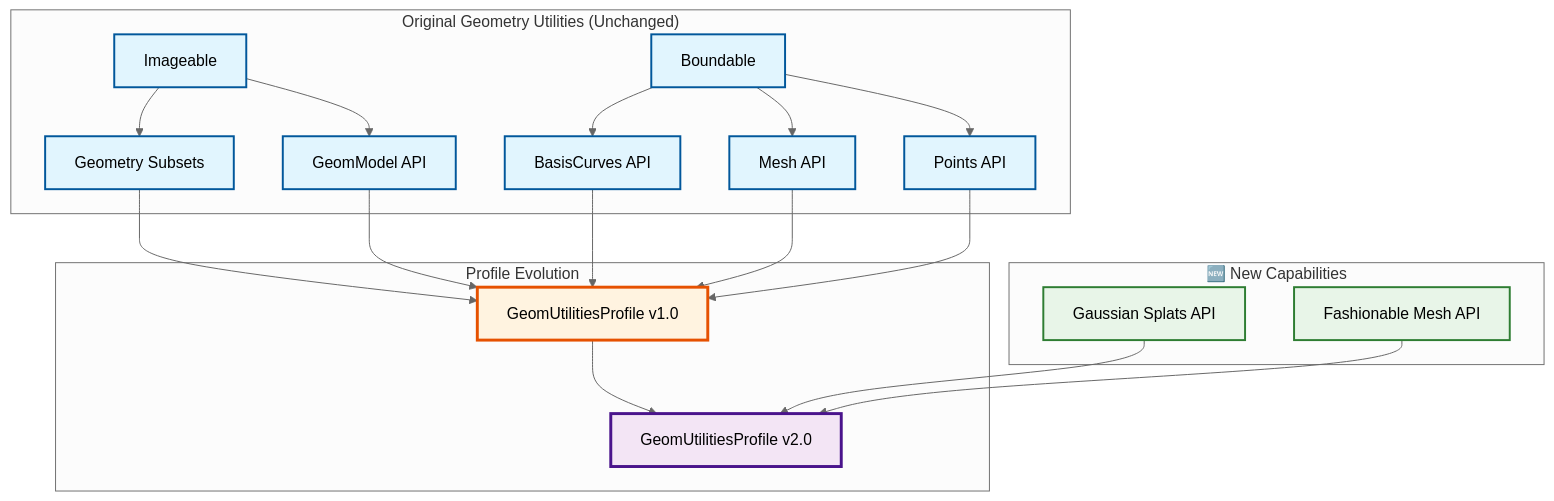
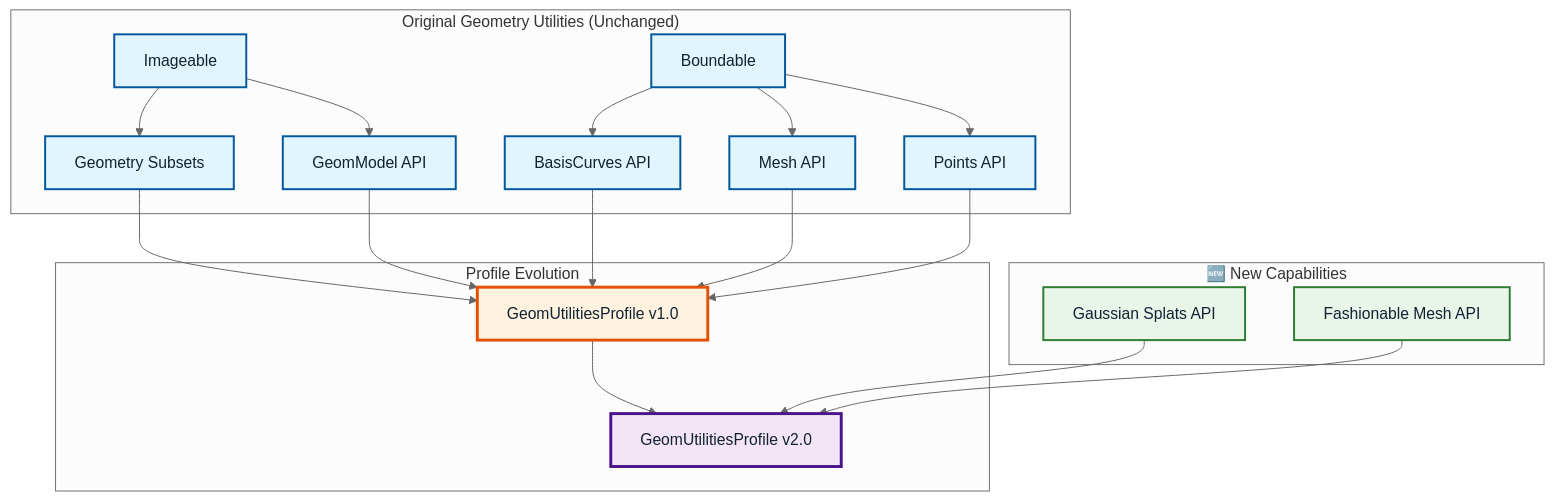
One commit to PixarAnimationStudios/OpenUSD-proposals changed the seventh of 8 diagrams in proposals/profiles/README.md. Above: the diagram before and after it, drawn with Mermaid (neutral theme). The commit also changed other lines of this file, not shown here.

Commit message:
make mermaid text legible

````diff
--- a/proposals/profiles/README.md
+++ b/proposals/profiles/README.md
@@ -1060,43 +1060,43 @@
 ```mermaid
 graph TD
     subgraph S2_OriginalUtils["Original Geometry Utilities (Unchanged)"]
         S2_Imageable[Imageable] --> S2_GeomSubset[Geometry Subsets]
         S2_Imageable --> S2_GeomModelAPI[GeomModel API]
         S2_Boundable[Boundable] --> S2_BasisCurvesAPI[BasisCurves API]
         S2_Boundable --> S2_MeshAPI[Mesh API]
         S2_Boundable --> S2_PointsAPI[Points API]
     end
     
     subgraph S2_NewCapabilities["🆕 New Capabilities"]
         S2_GaussianSplatsAPI[Gaussian Splats API]
         S2_FashionableMeshAPI[Fashionable Mesh API]
     end
     
     subgraph S2_Profiles["Profile Evolution"]
         S2_GeomUtilitiesProfile[GeomUtilitiesProfile v1.0]
         S2_GeomUtilitiesProfile_v2[GeomUtilitiesProfile v2.0]
     end
     
     %% Original profile unchanged
     S2_GeomSubset --> S2_GeomUtilitiesProfile
     S2_GeomModelAPI --> S2_GeomUtilitiesProfile
     S2_BasisCurvesAPI --> S2_GeomUtilitiesProfile
     S2_MeshAPI --> S2_GeomUtilitiesProfile
     S2_PointsAPI --> S2_GeomUtilitiesProfile
     
     %% v2 profile derives from v1 + new capabilities
     S2_GeomUtilitiesProfile --> S2_GeomUtilitiesProfile_v2
     S2_GaussianSplatsAPI --> S2_GeomUtilitiesProfile_v2
     S2_FashionableMeshAPI --> S2_GeomUtilitiesProfile_v2
 
     %% Styling
-    classDef originalCapability fill:#e1f5fe,stroke:#01579b,stroke-width:2px
-    classDef newCapability fill:#e8f5e8,stroke:#2e7d32,stroke-width:2px
-    classDef profileNode fill:#fff3e0,stroke:#e65100,stroke-width:3px
-    classDef evolvedProfile fill:#f3e5f5,stroke:#4a148c,stroke-width:3px
+    classDef originalCapability fill:#e1f5fe,stroke:#01579b,stroke-width:2px,color:#112233
+    classDef newCapability fill:#e8f5e8,stroke:#2e7d32,stroke-width:2px,color:#112233
+    classDef profileNode fill:#fff3e0,stroke:#e65100,stroke-width:3px,color:#112233
+    classDef evolvedProfile fill:#f3e5f5,stroke:#4a148c,stroke-width:3px,color:#112233
     
     class S2_Imageable,S2_Boundable,S2_GeomSubset,S2_GeomModelAPI,S2_BasisCurvesAPI,S2_MeshAPI,S2_PointsAPI originalCapability
     class S2_GaussianSplatsAPI,S2_FashionableMeshAPI newCapability
     class S2_GeomUtilitiesProfile profileNode
     class S2_GeomUtilitiesProfile_v2 evolvedProfile
 ```
````
